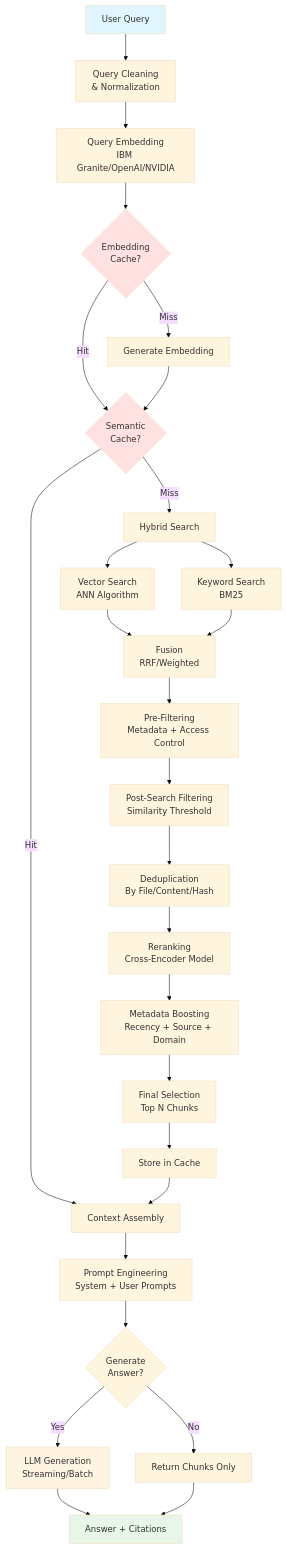
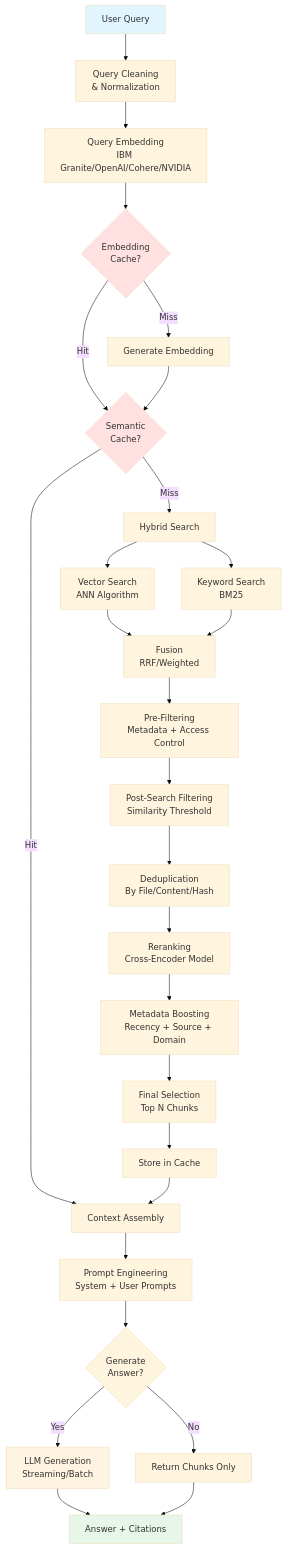
The third of 6 diagrams in Enterprise_RAG_Architecture_Guide.md (pravinbhat/pravinbhat.github.io), drawn with Mermaid (base theme) before and after one commit. The commit also changed other lines of this file, not shown here.

````diff
--- a/Enterprise_RAG_Architecture_Guide.md
+++ b/Enterprise_RAG_Architecture_Guide.md
@@ -664,38 +664,38 @@
 ```mermaid
 graph TD
     A[User Query] --> B[Query Cleaning<br/>& Normalization]
-    B --> C[Query Embedding<br/>IBM Granite/OpenAI/NVIDIA]
+    B --> C[Query Embedding<br/>IBM Granite/OpenAI/Cohere/NVIDIA]
     C --> D{Embedding<br/>Cache?}
     D -->|Hit| E{Semantic<br/>Cache?}
     D -->|Miss| C1[Generate Embedding]
     C1 --> E
     E -->|Hit| M[Context Assembly]
     E -->|Miss| F[Hybrid Search]
     
     F --> G[Vector Search<br/>ANN Algorithm]
     F --> H[Keyword Search<br/>BM25]
     
     G --> I[Fusion<br/>RRF/Weighted]
     H --> I
     
     I --> J[Pre-Filtering<br/>Metadata + Access Control]
     J --> K[Post-Search Filtering<br/>Similarity Threshold]
     K --> L[Deduplication<br/>By File/Content/Hash]
     L --> N[Reranking<br/>Cross-Encoder Model]
     N --> O[Metadata Boosting<br/>Recency + Source + Domain]
     O --> P[Final Selection<br/>Top N Chunks]
     P --> Q[Store in Cache]
     Q --> M
     M --> R[Prompt Engineering<br/>System + User Prompts]
     R --> S{Generate<br/>Answer?}
     S -->|Yes| T[LLM Generation<br/>Streaming/Batch]
     S -->|No| U[Return Chunks Only]
     T --> V[Answer + Citations]
     U --> V
     
     style A fill:#e1f5ff
     style V fill:#e8f5e9
     style D fill:#ffe1e1
     style E fill:#ffe1e1
     style T fill:#fff4e1
 ```
````
